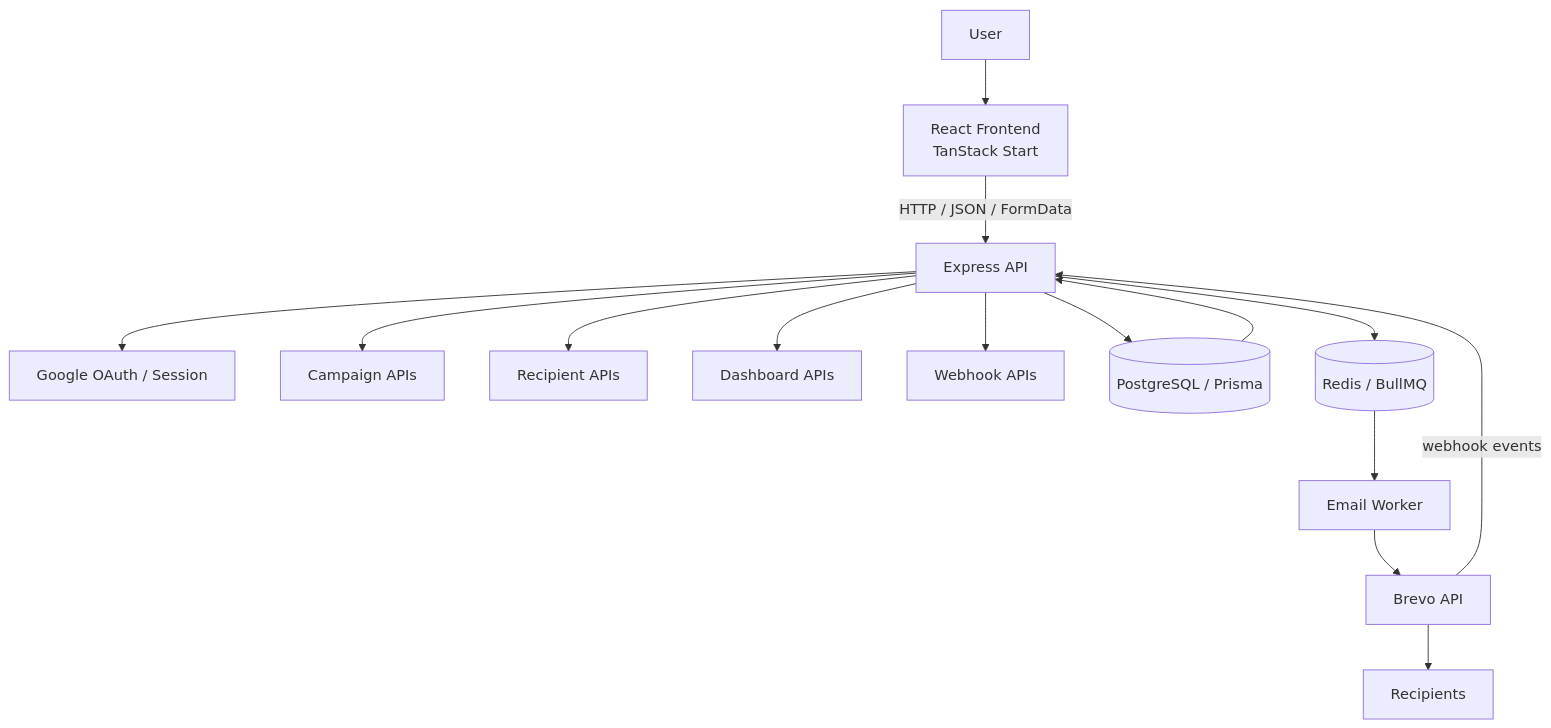
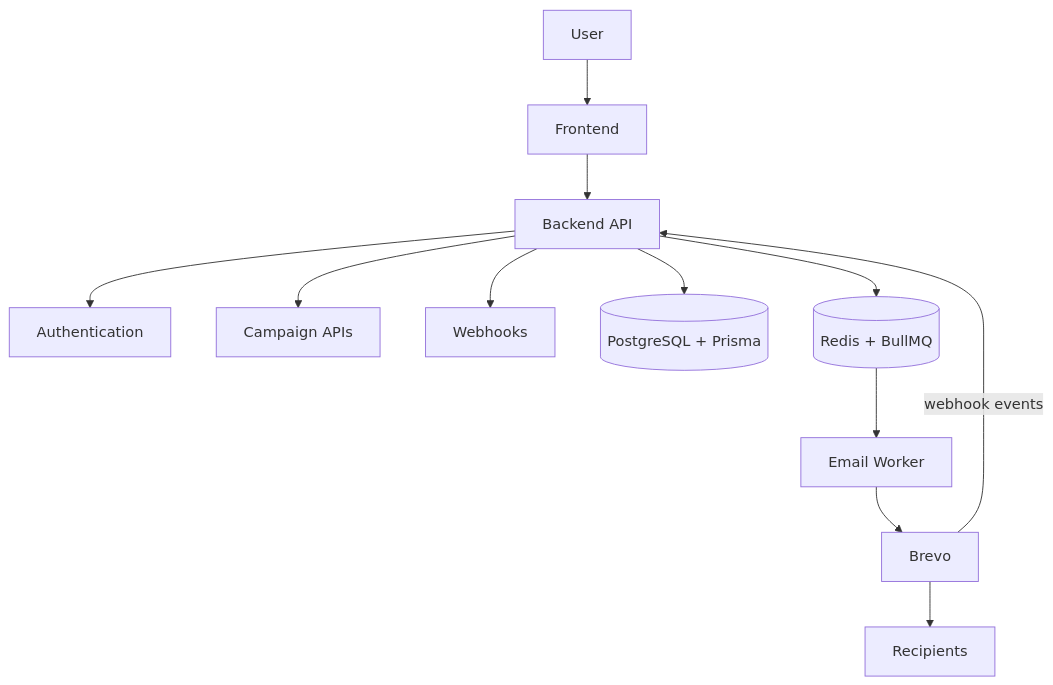
The diagram in README.md (tponviji1005-oss/email-campaign-manager), drawn with Mermaid before and after one commit. The commit also changed other lines of this file, not shown here.

````diff
--- a/README.md
+++ b/README.md
@@ -109,17 +37,14 @@
 ```mermaid
 graph TD
-    U[User] --> F[React Frontend<br/>TanStack Start]
-    F -->|HTTP / JSON / FormData| B[Express API]
-    B --> A1[Google OAuth / Session]
+    U[User] --> F[Frontend]
+    F --> B[Backend API]
+    B --> A1[Authentication]
     B --> A2[Campaign APIs]
-    B --> A3[Recipient APIs]
-    B --> A4[Dashboard APIs]
-    B --> A5[Webhook APIs]
-    B --> P[(PostgreSQL / Prisma)]
-    P --> B
-    B --> R[(Redis / BullMQ)]
+    B --> A3[Webhooks]
+    B --> P[(PostgreSQL + Prisma)]
+    B --> R[(Redis + BullMQ)]
     R --> W[Email Worker]
-    W --> BR[Brevo API]
+    W --> BR[Brevo]
     BR --> RX[Recipients]
     BR -->|webhook events| B
 ```
````
